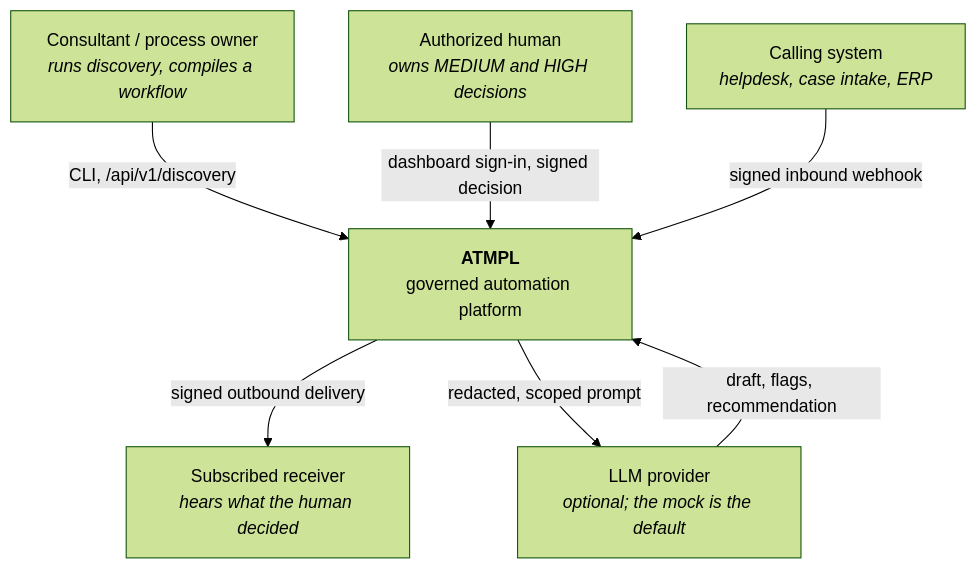
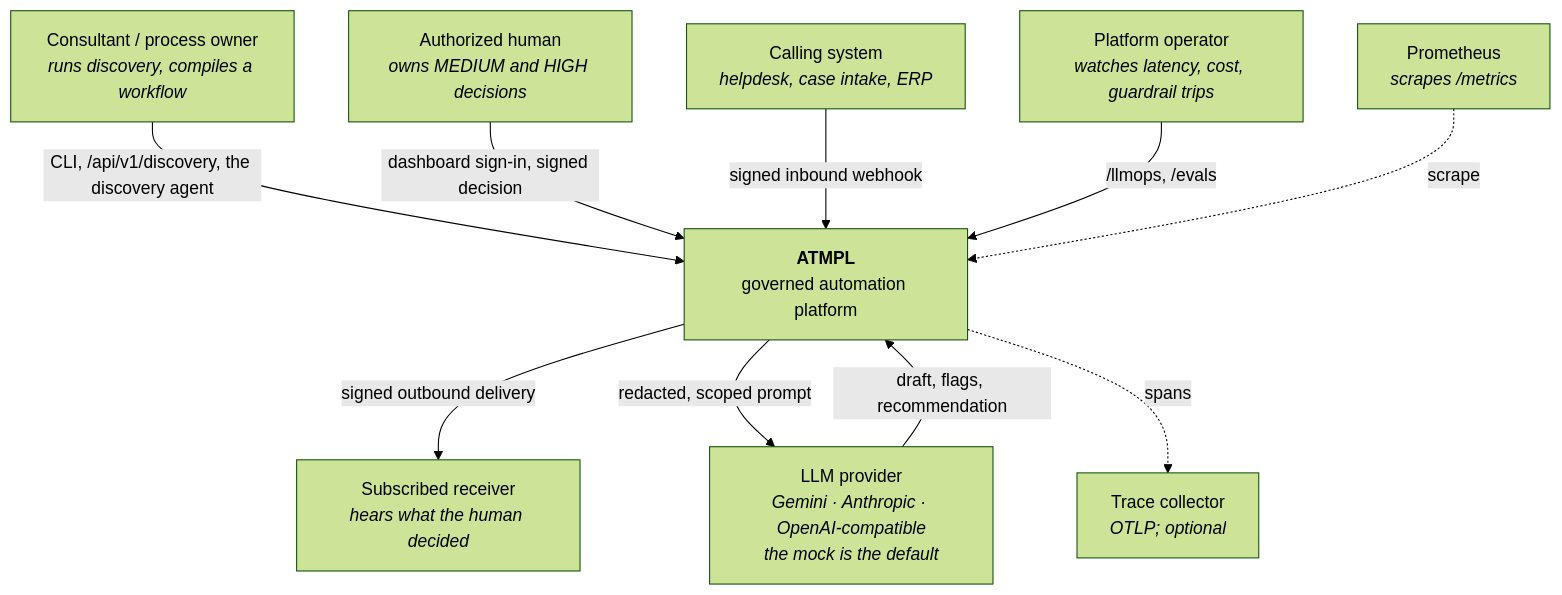
The first of 4 diagrams in docs/architecture.md (Mohamed3042/enterprise-ai-automation-templates), drawn with Mermaid (forest theme) before and after one commit. The commit also changed other lines of this file and 145 other files, not shown here.

First line of the commit message:
feat: trace, cost and score every model call; Kubernetes and a read-only public demo (#3)

````diff
--- a/docs/architecture.md
+++ b/docs/architecture.md
@@ -5,16 +5,22 @@
 ```mermaid
 flowchart TB
     consultant["Consultant / process owner<br/><i>runs discovery, compiles a workflow</i>"]
     approver["Authorized human<br/><i>owns MEDIUM and HIGH decisions</i>"]
     caller["Calling system<br/><i>helpdesk, case intake, ERP</i>"]
     receiver["Subscribed receiver<br/><i>hears what the human decided</i>"]
+    operator["Platform operator<br/><i>watches latency, cost, guardrail trips</i>"]
     atmpl["<b>ATMPL</b><br/>governed automation platform"]
-    provider["LLM provider<br/><i>optional; the mock is the default</i>"]
+    provider["LLM provider<br/><i>Gemini · Anthropic · OpenAI-compatible<br/>the mock is the default</i>"]
+    collector["Trace collector<br/><i>OTLP; optional</i>"]
+    prom["Prometheus<br/><i>scrapes /metrics</i>"]
 
-    consultant -->|CLI, /api/v1/discovery| atmpl
+    consultant -->|CLI, /api/v1/discovery, the discovery agent| atmpl
     approver -->|dashboard sign-in, signed decision| atmpl
     caller -->|signed inbound webhook| atmpl
+    operator -->|/llmops, /evals| atmpl
     atmpl -->|signed outbound delivery| receiver
     atmpl -->|redacted, scoped prompt| provider
     provider -->|draft, flags, recommendation| atmpl
+    atmpl -.->|spans| collector
+    prom -.->|scrape| atmpl
 ```
````
